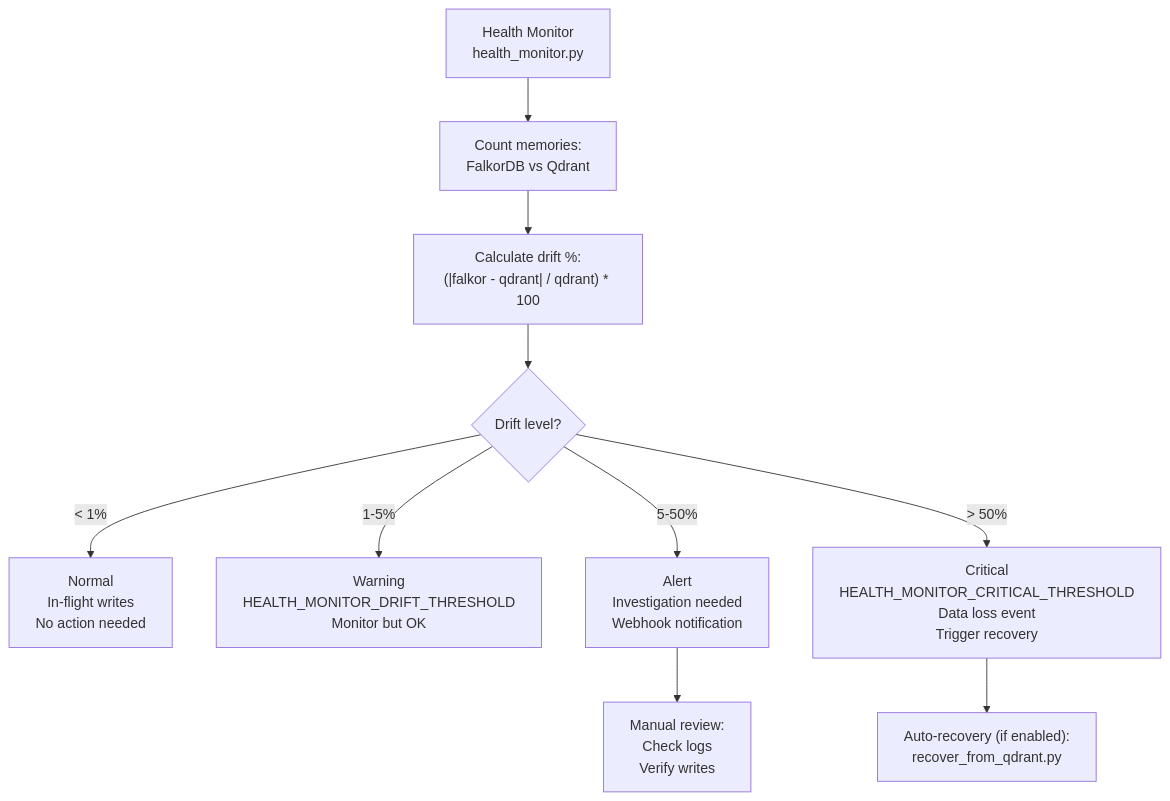
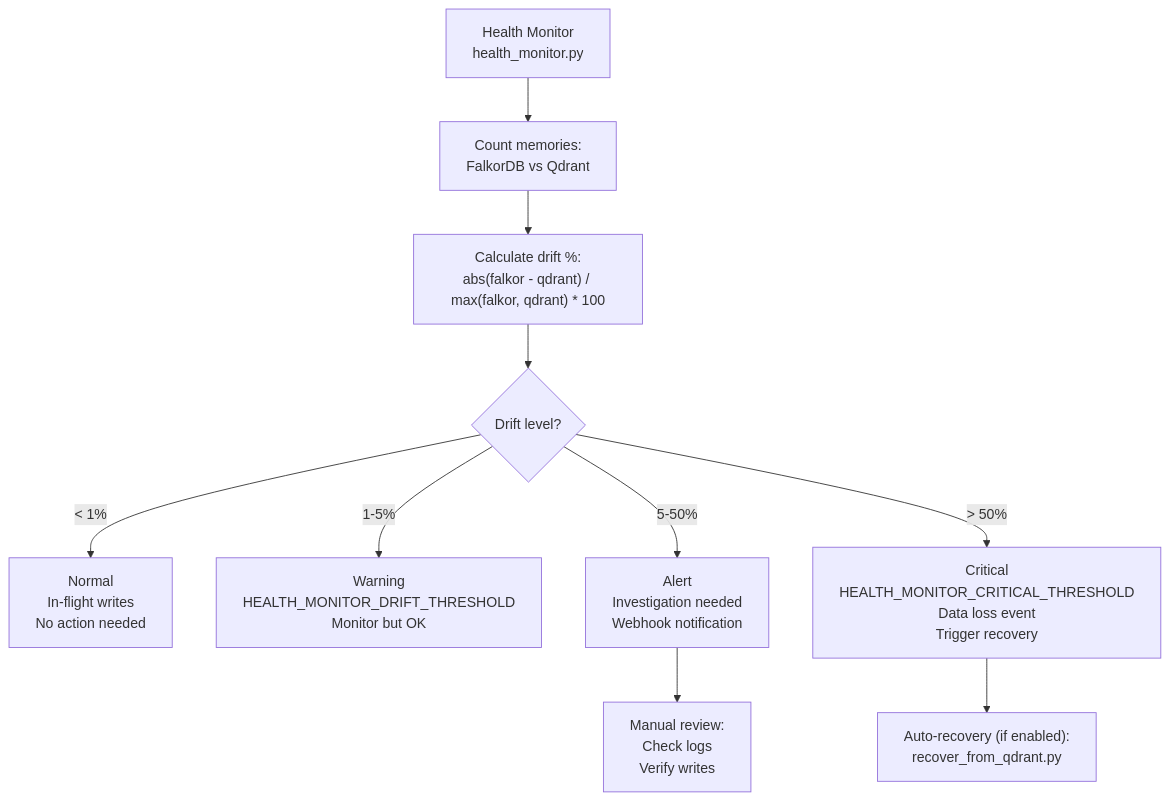
One commit to verygoodplugins/automem-website changed the sixth of 6 diagrams in src/content/docs/docs/operations/health.md. Above: the diagram before and after it, drawn with Mermaid. The commit also changed other lines of this file, not shown here.

First line of the commit message:
docs: fix drift in Health Monitoring page

````diff
--- a/src/content/docs/docs/operations/health.md
+++ b/src/content/docs/docs/operations/health.md
@@ -463,18 +463,18 @@
 ```mermaid
 flowchart TD
     Monitor["Health Monitor<br/>health_monitor.py"]
 
     Monitor --> Count["Count memories:<br/>FalkorDB vs Qdrant"]
 
-    Count --> Calc["Calculate drift %:<br/>(|falkor - qdrant| / qdrant) * 100"]
+    Count --> Calc["Calculate drift %:<br/>abs(falkor - qdrant) / max(falkor, qdrant) * 100"]
 
     Calc --> Check{"Drift level?"}
 
     Check -->|"< 1%"| Normal["Normal<br/>In-flight writes<br/>No action needed"]
     Check -->|"1-5%"| Warning["Warning<br/>HEALTH_MONITOR_DRIFT_THRESHOLD<br/>Monitor but OK"]
     Check -->|"5-50%"| Alert["Alert<br/>Investigation needed<br/>Webhook notification"]
     Check -->|"> 50%"| Critical["Critical<br/>HEALTH_MONITOR_CRITICAL_THRESHOLD<br/>Data loss event<br/>Trigger recovery"]
 
     Alert --> Manual["Manual review:<br/>Check logs<br/>Verify writes"]
     Critical --> Auto["Auto-recovery (if enabled):<br/>recover_from_qdrant.py"]
 ```
````
